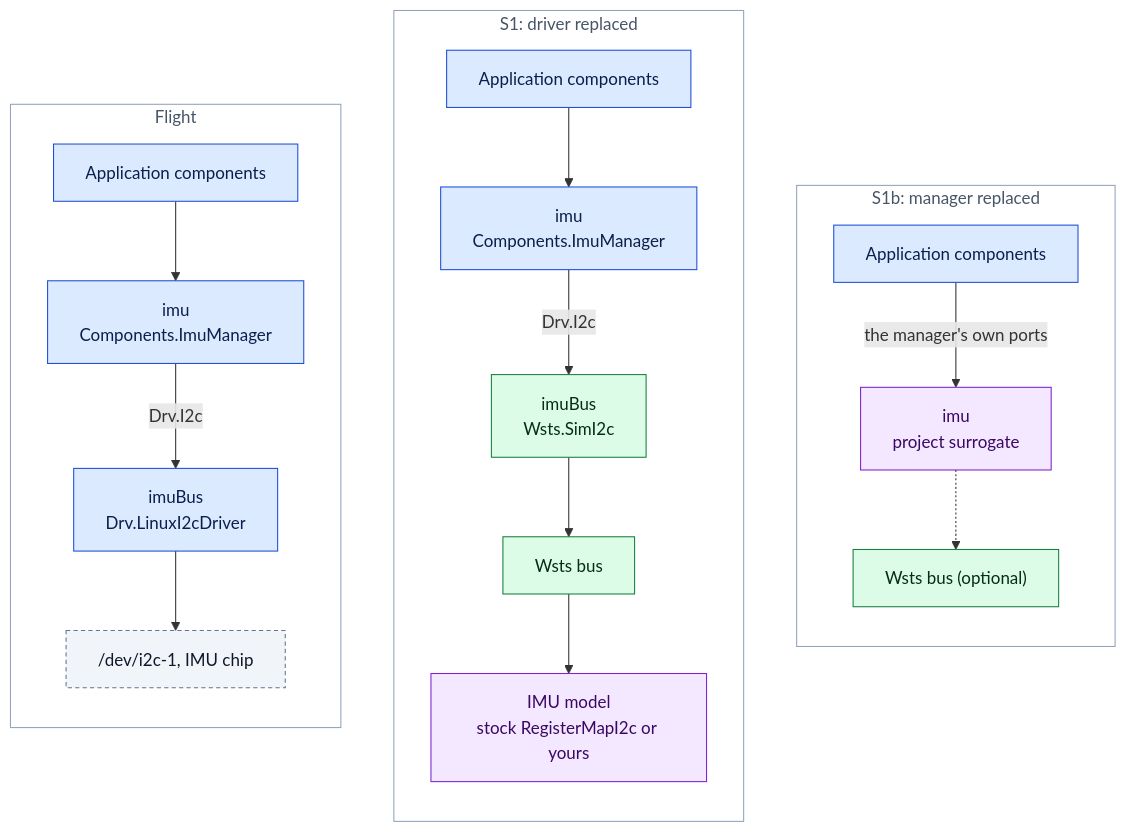
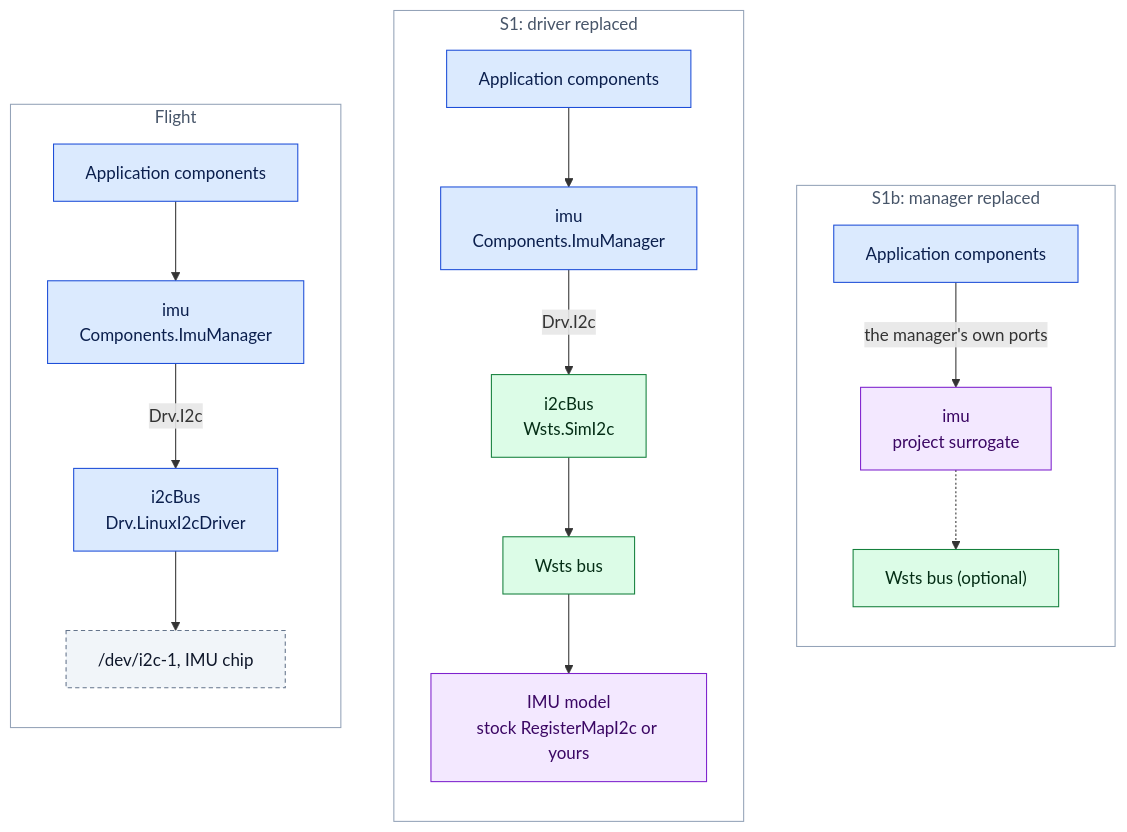
One commit to vincewoo/fprime-wsts changed the first of 8 diagrams in docs/design.md. Above: the diagram before and after it, drawn with Mermaid. The commit also changed other lines of this file and 301 other files, not shown here.

````diff
--- a/docs/design.md
+++ b/docs/design.md
@@ -44,35 +45,35 @@
 ```mermaid
 flowchart TB
   subgraph S1b["S1b: manager replaced"]
     direction TB
     ma["Application components"]:::flight
     mm["imu<br/>project surrogate"]:::user
     mb["Wsts bus (optional)"]:::toolkit
     ma -->|"the manager's own ports"| mm -.-> mb
   end
   subgraph S1["S1: driver replaced"]
     direction TB
     sa["Application components"]:::flight
     sm["imu<br/>Components.ImuManager"]:::flight
-    sd["imuBus<br/>Wsts.SimI2c"]:::toolkit
+    sd["i2cBus<br/>Wsts.SimI2c"]:::toolkit
     sb["Wsts bus"]:::toolkit
     sx["IMU model<br/>stock RegisterMapI2c or yours"]:::user
     sa --> sm -->|"Drv.I2c"| sd --> sb --> sx
   end
   subgraph F["Flight"]
     direction TB
     fa["Application components"]:::flight
     fm["imu<br/>Components.ImuManager"]:::flight
-    fd["imuBus<br/>Drv.LinuxI2cDriver"]:::flight
+    fd["i2cBus<br/>Drv.LinuxI2cDriver"]:::flight
     fh["/dev/i2c-1, IMU chip"]:::external
     fa --> fm -->|"Drv.I2c"| fd --> fh
   end
 
   classDef flight fill:#dbeafe,stroke:#1d4ed8,color:#0b1f4d
   classDef toolkit fill:#dcfce7,stroke:#15803d,color:#052e16
   classDef user fill:#f3e8ff,stroke:#7e22ce,color:#3b0764
   classDef external fill:#f1f5f9,stroke:#64748b,color:#0f172a,stroke-dasharray:4 3
   style F fill:none,stroke:#94a3b8,color:#475569
   style S1 fill:none,stroke:#94a3b8,color:#475569
   style S1b fill:none,stroke:#94a3b8,color:#475569
 ```
````
